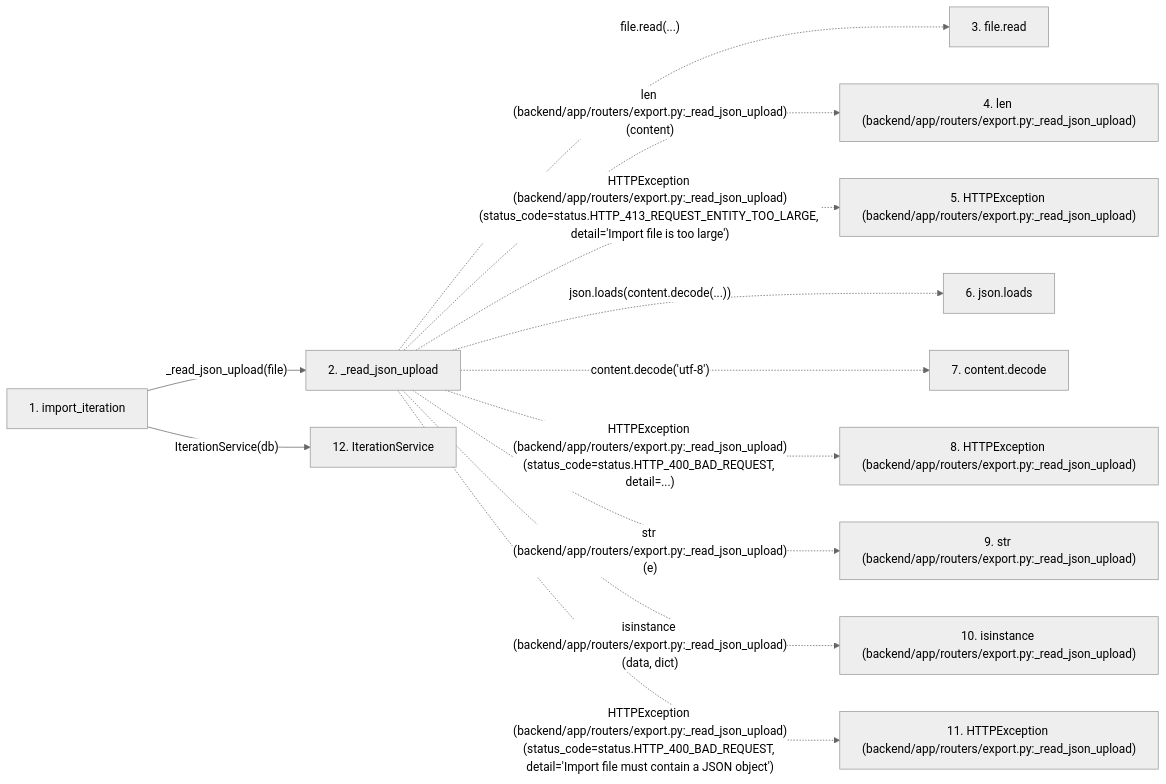
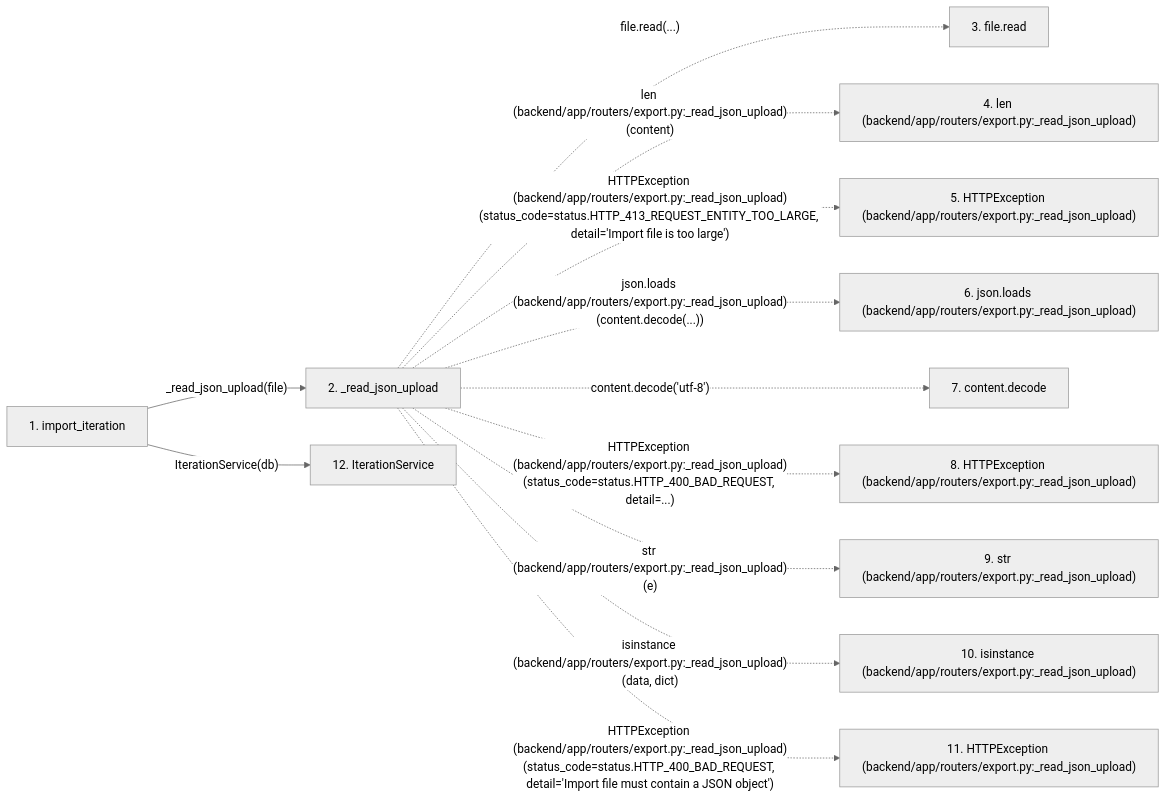
Before and after one commit to Denissvgn/WorkChord: the second of 2 diagrams in docs/llm_wiki/flows/http-import_iteration.md, drawn with Mermaid (neutral theme). The commit also changed other lines of this file and 25171 other files, not shown here.

````diff
--- a/docs/llm_wiki/flows/http-import_iteration.md
+++ b/docs/llm_wiki/flows/http-import_iteration.md
@@ -93,29 +154,29 @@
 ```mermaid
 flowchart LR
     s1["1. import_iteration"]
     s2["2. _read_json_upload"]
     s3["3. file.read"]
     s4["4. len (backend/app/routers/export.py:_read_json_upload)"]
     s5["5. HTTPException (backend/app/routers/export.py:_read_json_upload)"]
-    s6["6. json.loads"]
+    s6["6. json.loads (backend/app/routers/export.py:_read_json_upload)"]
     s7["7. content.decode"]
     s8["8. HTTPException (backend/app/routers/export.py:_read_json_upload)"]
     s9["9. str (backend/app/routers/export.py:_read_json_upload)"]
     s10["10. isinstance (backend/app/routers/export.py:_read_json_upload)"]
     s11["11. HTTPException (backend/app/routers/export.py:_read_json_upload)"]
     s12["12. IterationService"]
     s1 -->|"_read_json_upload(file)"| s2
     s2 -. "file.read(...)" .-> s3
     s2 -. "len (backend/app/routers/export.py:_read_json_upload)(content)" .-> s4
     s2 -. "HTTPException (backend/app/routers/export.py:_read_json_upload)(status_code=status.HTTP_413_REQUEST_ENTITY_TOO_LARGE, detail='Import file is too large')" .-> s5
-    s2 -. "json.loads(content.decode(...))" .-> s6
+    s2 -. "json.loads (backend/app/routers/export.py:_read_json_upload)(content.decode(...))" .-> s6
     s2 -. "content.decode('utf-8')" .-> s7
     s2 -. "HTTPException (backend/app/routers/export.py:_read_json_upload)(status_code=status.HTTP_400_BAD_REQUEST, detail=...)" .-> s8
     s2 -. "str (backend/app/routers/export.py:_read_json_upload)(e)" .-> s9
     s2 -. "isinstance (backend/app/routers/export.py:_read_json_upload)(data, dict)" .-> s10
     s2 -. "HTTPException (backend/app/routers/export.py:_read_json_upload)(status_code=status.HTTP_400_BAD_REQUEST, detail='Import file must contain a JSON object')" .-> s11
     s1 -->|"IterationService(db)"| s12
     click s1 "../modules/export.md"
     click s2 "../modules/export.md"
     click s12 "../modules/iteration_service.md"
 ```
````
